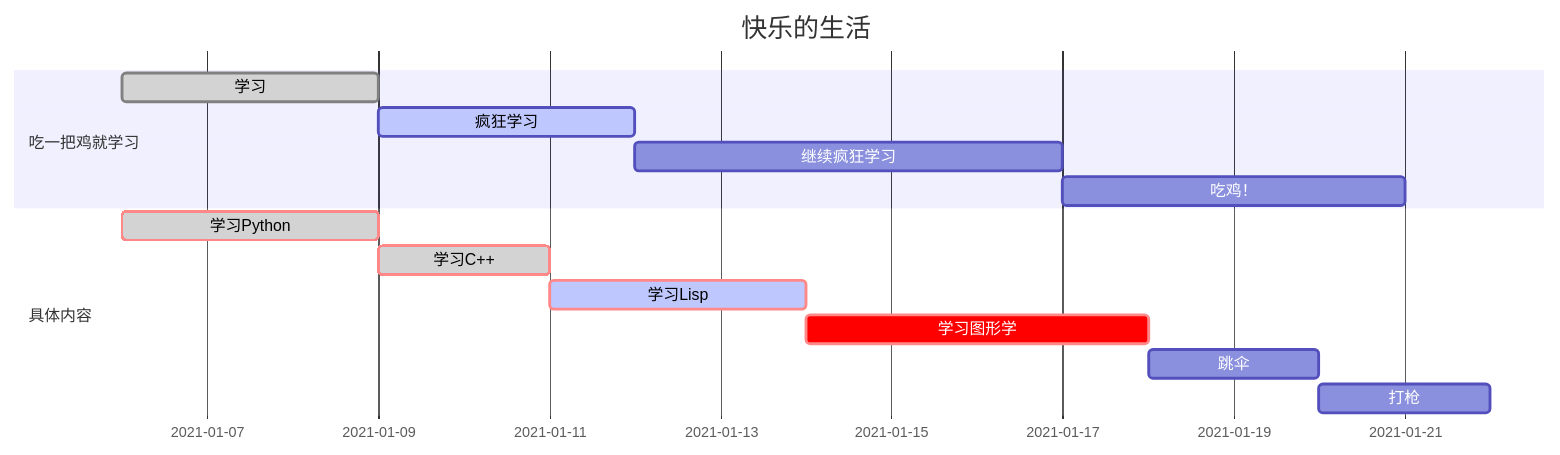
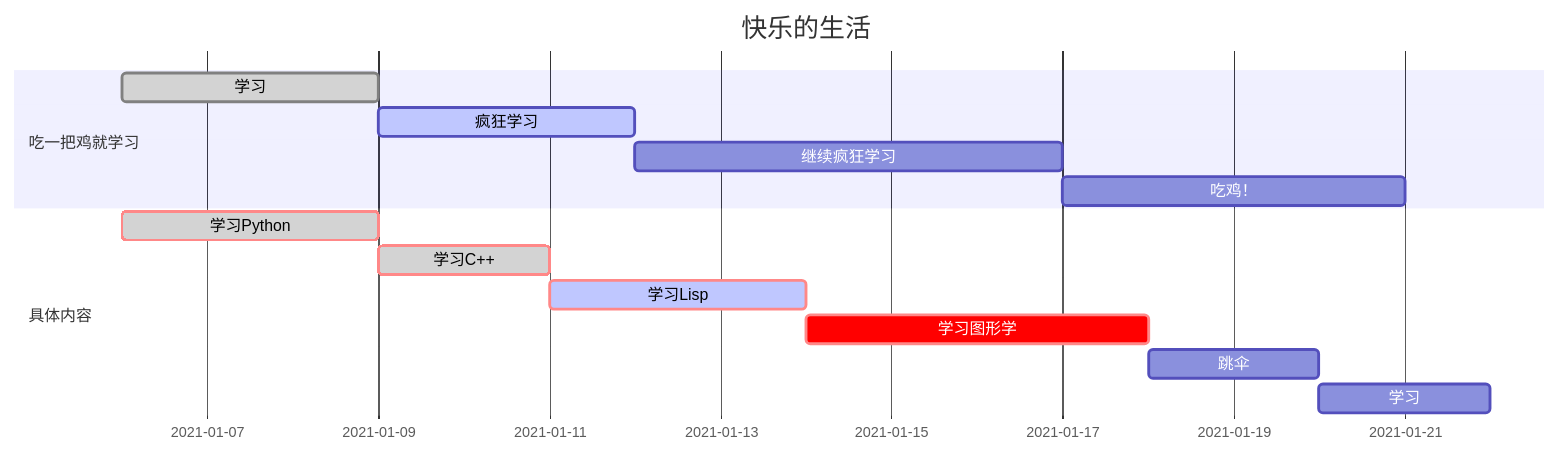
The diagram in liu cheng tu.md (seatherlin/testcms), drawn with Mermaid before and after one commit. The commit also changed 1 other file, not shown here.

````diff
--- a/liu cheng tu.md
+++ b/liu cheng tu.md
@@ -1,17 +1,17 @@
 ```mermaid
 gantt
         dateFormat  YYYY-MM-DD
         title 快乐的生活
         section 吃一把鸡就学习
         学习            :done,    des1, 2021-01-06,2021-01-09
         疯狂学习               :active,  des2, 2021-01-09, 3d
         继续疯狂学习               :         des3, after des2, 5d
         吃鸡！               :         des4, after des3, 4d
         section 具体内容
         学习Python :crit, done, 2021-01-06,72h
         学习C++          :crit, done, after des1, 2d
         学习Lisp             :crit, active, 3d
         学习图形学        :crit, 4d
         跳伞           :2d
-        打枪                      :2d
+        学习                      :2d
 ```
````
